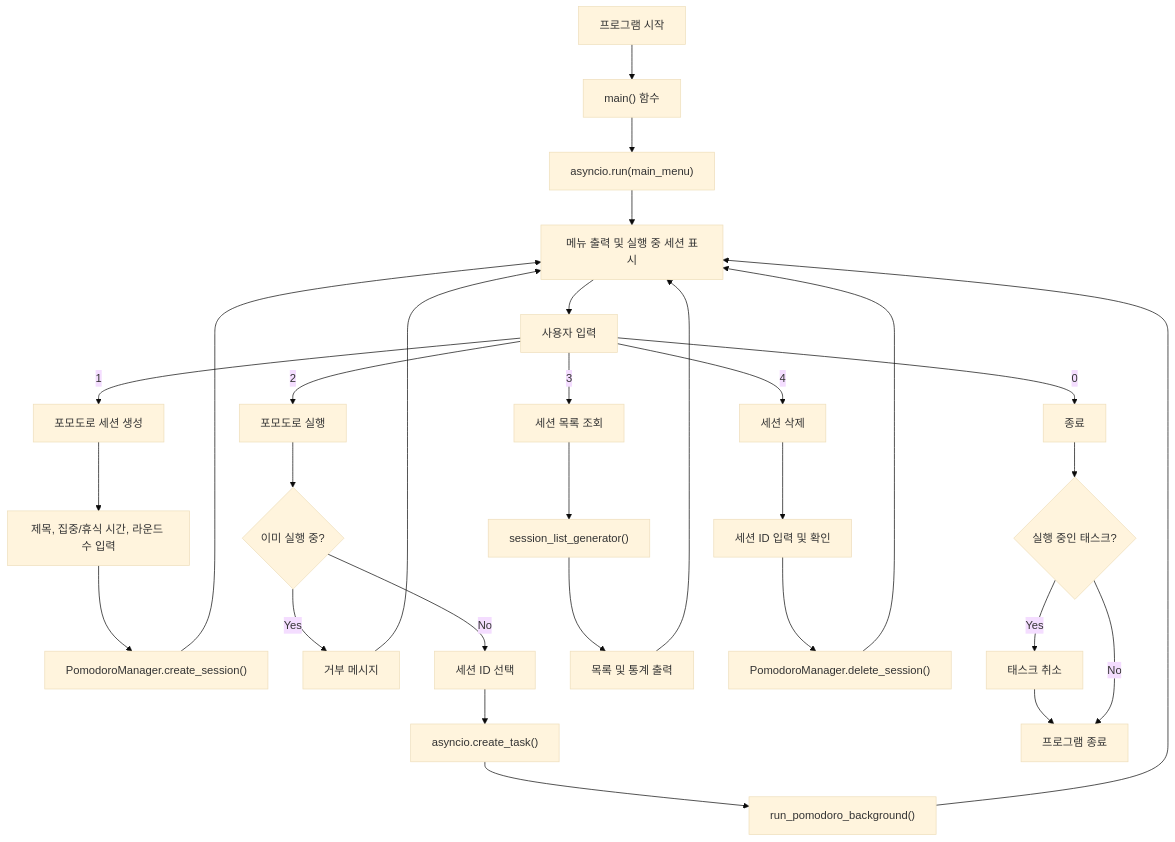
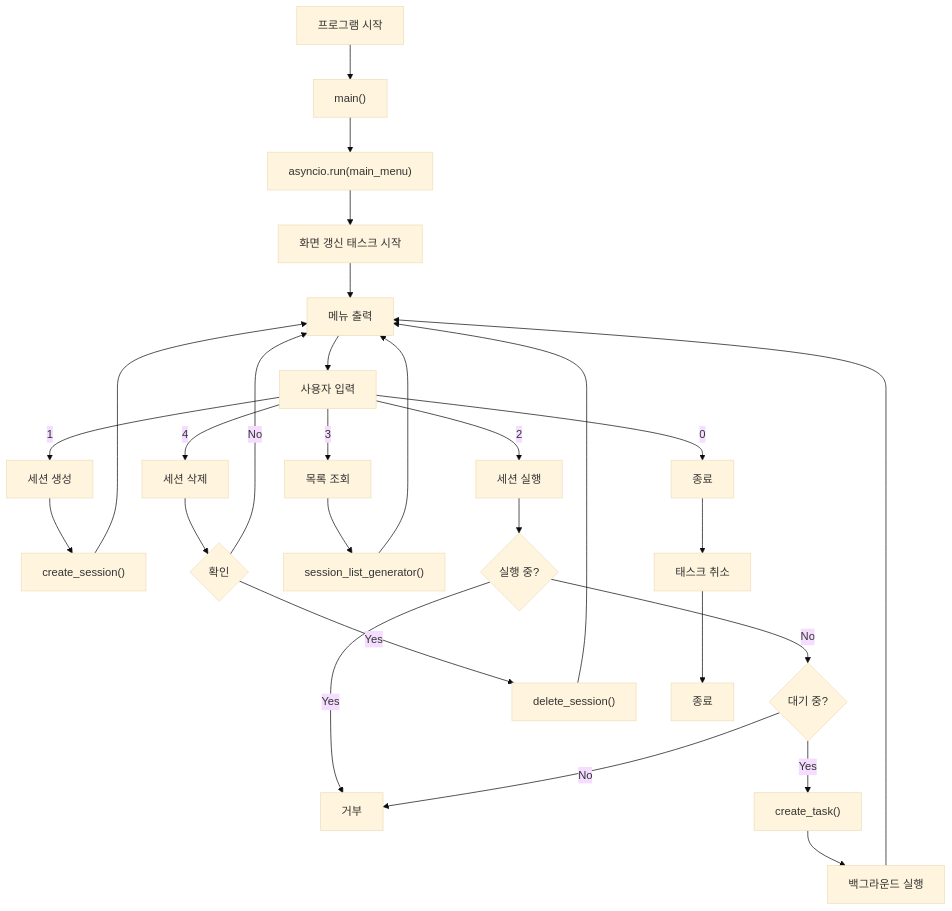
The first of 4 diagrams in Week2/docs/프로그램 순서도.md (7aulkim24/KDT_AWS_02), drawn with Mermaid (base theme) before and after one commit. The commit also changed other lines of this file and 2 other files, not shown here.

Commit message:
docs: Update README and flowchart to match actual implementation

````diff
--- a/Week2/docs/프로그램 순서도.md
+++ b/Week2/docs/프로그램 순서도.md
@@ -5,37 +5,35 @@
 ```mermaid
 flowchart TD
-    Start[프로그램 시작] --> Main["main() 함수"]
+    Start[프로그램 시작] --> Main["main()"]
     Main --> AsyncRun["asyncio.run(main_menu)"]
-    AsyncRun --> Menu[메뉴 출력 및 실행 중 세션 표시]
+    AsyncRun --> RefreshTask[화면 갱신 태스크 시작]
+    RefreshTask --> Menu[메뉴 출력]
     Menu --> Input[사용자 입력]
     
-    Input -->|"1"| Create[포모도로 세션 생성]
-    Create --> CreateInput[제목, 집중/휴식 시간, 라운드 수 입력]
-    CreateInput --> CreateSession["PomodoroManager.create_session()"]
+    Input -->|"1"| Create[세션 생성]
+    Create --> CreateSession["create_session()"]
     CreateSession --> Menu
     
-    Input -->|"2"| Run[포모도로 실행]
-    Run --> CheckRunning{이미 실행 중?}
-    CheckRunning -->|Yes| Reject[거부 메시지]
-    Reject --> Menu
-    CheckRunning -->|No| SelectSession[세션 ID 선택]
-    SelectSession --> CreateTask["asyncio.create_task()"]
-    CreateTask --> Background["run_pomodoro_background()"]
+    Input -->|"2"| Run[세션 실행]
+    Run --> CheckRunning{실행 중?}
+    CheckRunning -->|Yes| Reject[거부]
+    CheckRunning -->|No| CheckPending{대기 중?}
+    CheckPending -->|No| Reject
+    CheckPending -->|Yes| CreateTask["create_task()"]
+    CreateTask --> Background[백그라운드 실행]
     Background --> Menu
     
-    Input -->|"3"| List[세션 목록 조회]
+    Input -->|"3"| List[목록 조회]
     List --> Generator["session_list_generator()"]
-    Generator --> Display[목록 및 통계 출력]
-    Display --> Menu
+    Generator --> Menu
     
     Input -->|"4"| Delete[세션 삭제]
-    Delete --> DeleteInput[세션 ID 입력 및 확인]
-    DeleteInput --> DeleteSession["PomodoroManager.delete_session()"]
+    Delete --> Confirm{확인}
+    Confirm -->|Yes| DeleteSession["delete_session()"]
+    Confirm -->|No| Menu
     DeleteSession --> Menu
     
     Input -->|"0"| Exit[종료]
-    Exit --> Cleanup{실행 중인 태스크?}
-    Cleanup -->|Yes| Cancel[태스크 취소]
-    Cancel --> End[프로그램 종료]
-    Cleanup -->|No| End
+    Exit --> CancelTask[태스크 취소]
+    CancelTask --> End[종료]
 ```
````
